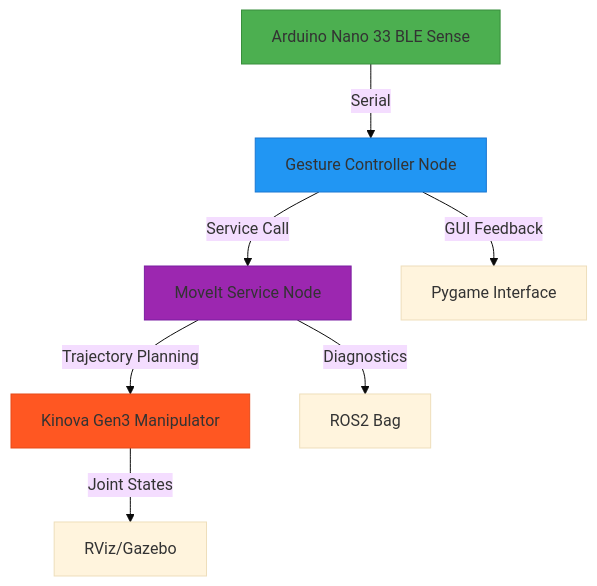
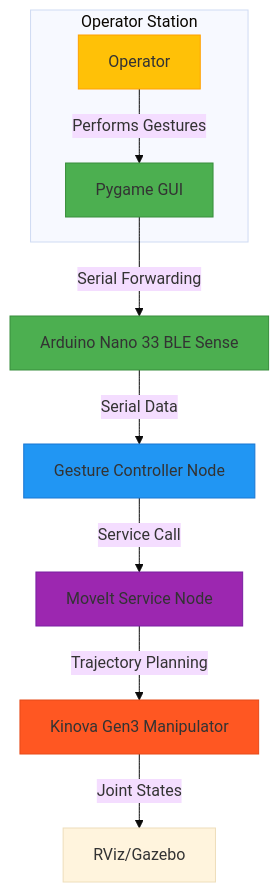
The diagram in README.md (NajeebAhmedBhuiyan/Gesture-Based-Manipulator-Control-in-ROS-with-TinyML), drawn with Mermaid (base theme) before and after one commit.

````diff
--- a/README.md
+++ b/README.md
@@ -69,14 +69,19 @@
 ```mermaid
 graph TD
-  A[Arduino Nano 33 BLE Sense] -->|Serial| B[Gesture Controller Node]
+  subgraph Operator Station
+    O[Operator] -->|Performs Gestures| G[Pygame GUI]
+  end
+  
+  G -->|Serial Forwarding| A[Arduino Nano 33 BLE Sense]
+  A -->|Serial Data| B[Gesture Controller Node]
   B -->|Service Call| C[MoveIt Service Node]
   C -->|Trajectory Planning| D[Kinova Gen3 Manipulator]
   D -->|Joint States| E[RViz/Gazebo]
-  C -->|Diagnostics| F[ROS2 Bag]
-  B -->|GUI Feedback| G[Pygame Interface]
   
+  style O fill:#FFC107,stroke:#FFA000
+  style G fill:#4CAF50,stroke:#388E3C
   style A fill:#4CAF50,stroke:#388E3C
   style B fill:#2196F3,stroke:#1976D2
   style C fill:#9C27B0,stroke:#7B1FA2
   style D fill:#FF5722,stroke:#E64A19
 ```
````
